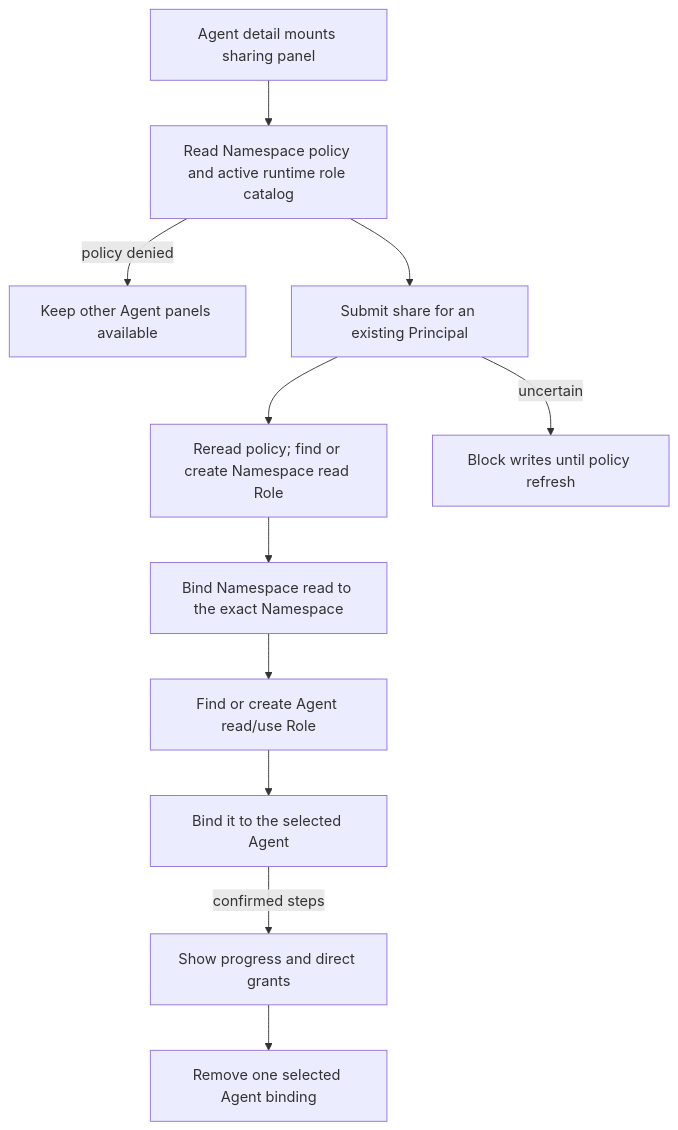
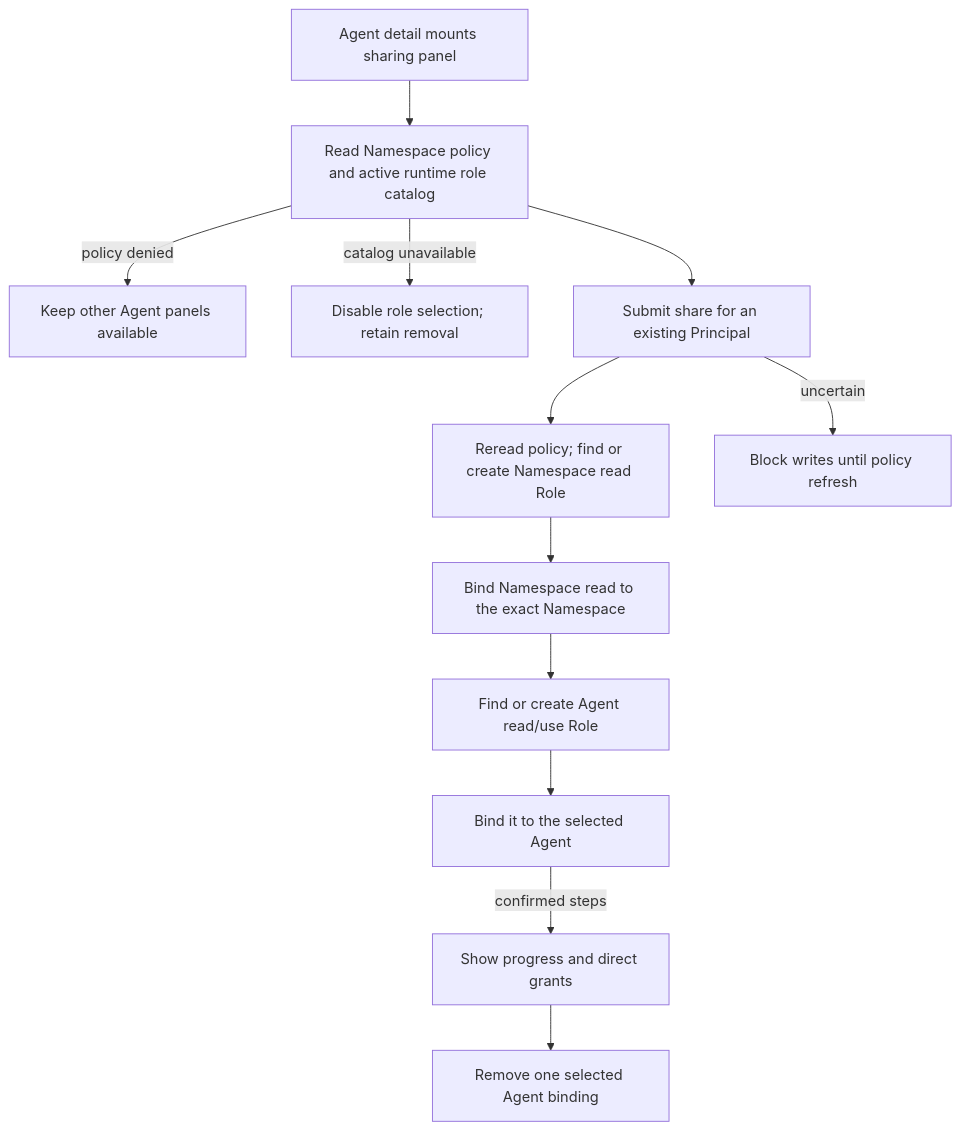
Before and after one commit to openclaw/openclaw-enterprise: the diagram in docs/flows/platform-console/agent-sharing.md, drawn with Mermaid. The commit also changed other lines of this file and 33 other files, not shown here.

````diff
--- a/docs/flows/platform-console/agent-sharing.md
+++ b/docs/flows/platform-console/agent-sharing.md
@@ -28,13 +28,14 @@
 ```mermaid
 graph TD
   A["Agent detail mounts sharing panel"] --> B["Read Namespace policy and active runtime role catalog"]
   B -->|policy denied| K["Keep other Agent panels available"]
+  B -->|catalog unavailable| L["Disable role selection; retain removal"]
   B --> C["Submit share for an existing Principal"]
   C --> D["Reread policy; find or create Namespace read Role"]
   D --> E["Bind Namespace read to the exact Namespace"]
   E --> F["Find or create Agent read/use Role"]
   F --> G["Bind it to the selected Agent"]
   G -->|confirmed steps| H["Show progress and direct grants"]
   C -->|uncertain| Q["Block writes until policy refresh"]
   H --> R["Remove one selected Agent binding"]
 ```
````
